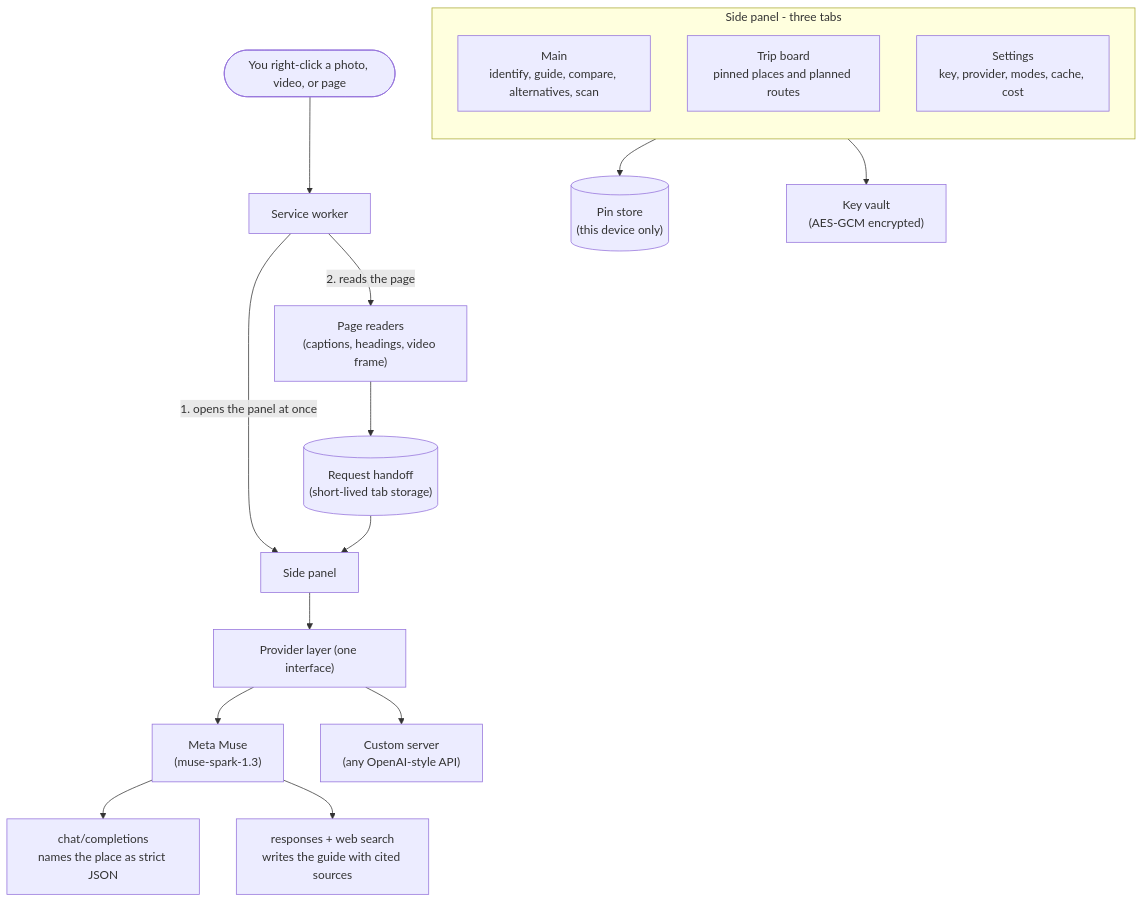
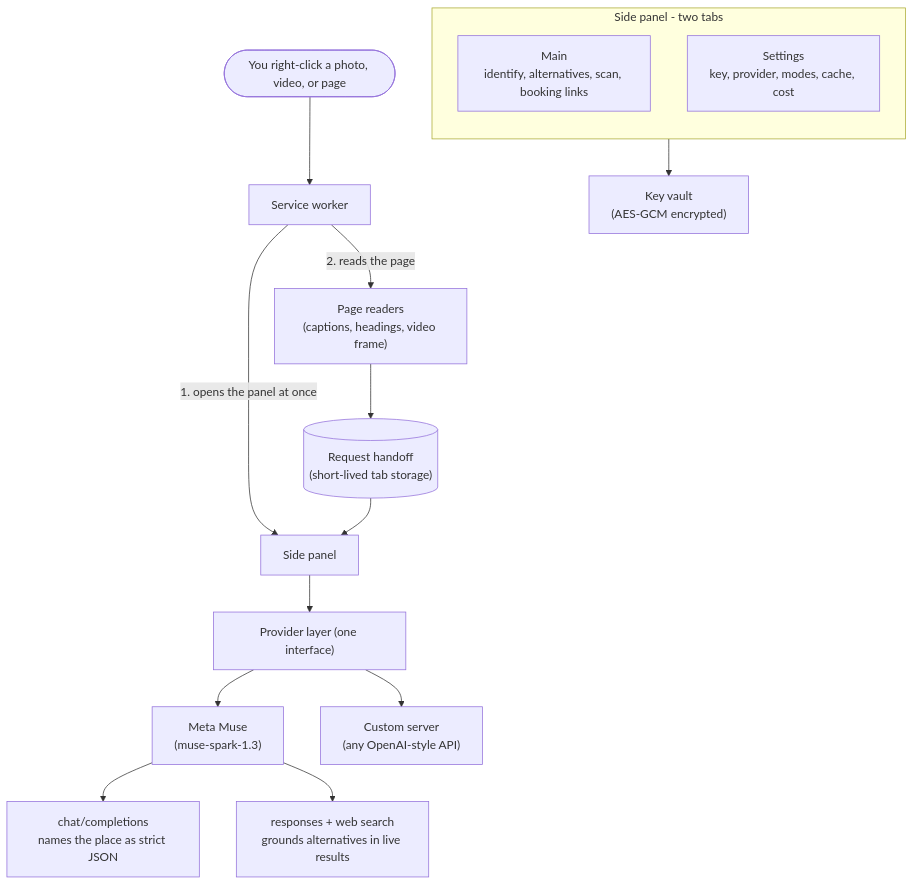
The diagram in README.md (kowalczyk-krzysztof/take-me-there), drawn with Mermaid before and after one commit. The commit also changed other lines of this file and 5 other files, not shown here.

````diff
--- a/README.md
+++ b/README.md
@@ -70,23 +64,21 @@
 ```mermaid
 flowchart TB
     user(["You right-click a photo, video, or page"]) --> worker["Service worker"]
     worker -->|"1. opens the panel at once"| panel["Side panel"]
     worker -->|"2. reads the page"| readers["Page readers<br/>(captions, headings, video frame)"]
     readers --> handoff[("Request handoff<br/>(short-lived tab storage)")]
     handoff --> panel
 
-    subgraph Panel ["Side panel - three tabs"]
+    subgraph Panel ["Side panel - two tabs"]
         direction TB
-        main["Main<br/>identify, guide, compare, alternatives, scan"]
-        board["Trip board<br/>pinned places and planned routes"]
+        main["Main<br/>identify, alternatives, scan, booking links"]
         settingsTab["Settings<br/>key, provider, modes, cache, cost"]
     end
 
     panel --> providers["Provider layer (one interface)"]
     providers --> muse["Meta Muse<br/>(muse-spark-1.3)"]
     providers --> compat["Custom server<br/>(any OpenAI-style API)"]
     muse --> identify["chat/completions<br/>names the place as strict JSON"]
-    muse --> guide["responses + web search<br/>writes the guide with cited sources"]
-    board --> pins[("Pin store<br/>(this device only)")]
+    muse --> grounded["responses + web search<br/>grounds alternatives in live results"]
     settingsTab --> vault["Key vault<br/>(AES-GCM encrypted)"]
 ```
````
